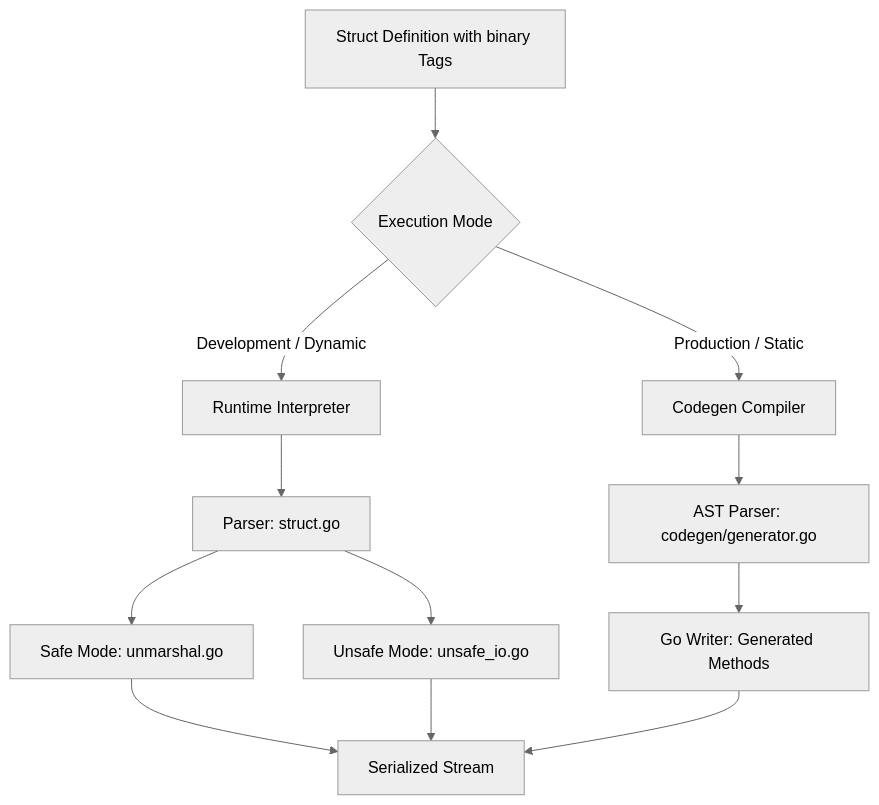
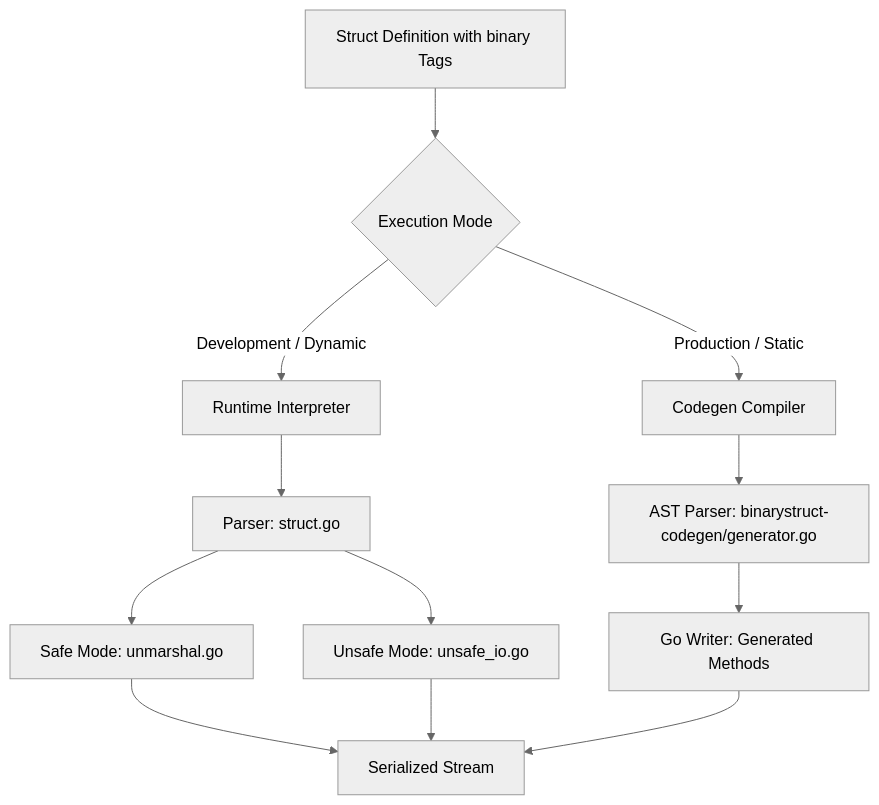
The diagram in SPECIFICATION.md (mixcode/binarystruct), drawn with Mermaid (neutral theme) before and after one commit. The commit also changed other lines of this file and 11 other files, not shown here.

Commit message:
codegen: rename tool and module to binarystruct-codegen

````diff
--- a/SPECIFICATION.md
+++ b/SPECIFICATION.md
@@ -45,17 +45,17 @@
 ```mermaid
 graph TD
     A[Struct Definition with binary Tags] --> B{Execution Mode}
     B -->|Development / Dynamic| C[Runtime Interpreter]
     B -->|Production / Static| D[Codegen Compiler]
     
     C --> C1[Parser: struct.go]
     C1 --> C2[Safe Mode: unmarshal.go]
     C1 --> C3[Unsafe Mode: unsafe_io.go]
     
-    D --> D1[AST Parser: codegen/generator.go]
+    D --> D1[AST Parser: binarystruct-codegen/generator.go]
     D1 --> D2[Go Writer: Generated Methods]
     
     C2 --> E[Serialized Stream]
     C3 --> E
     D2 --> E
 ```
````
